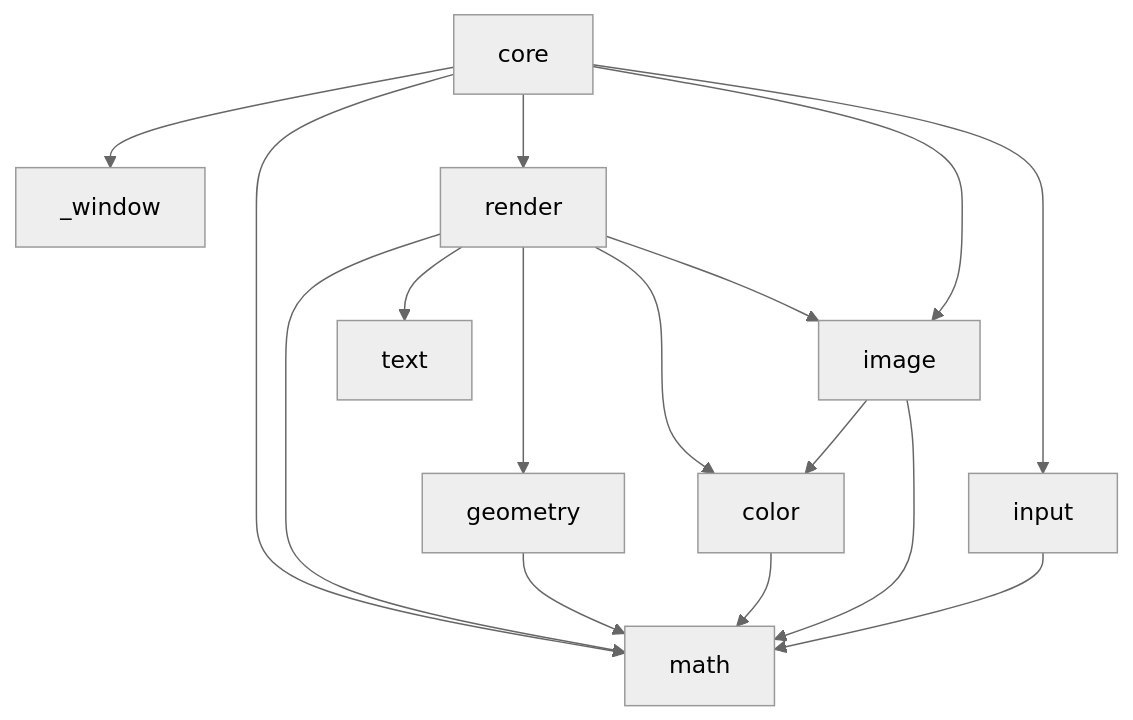
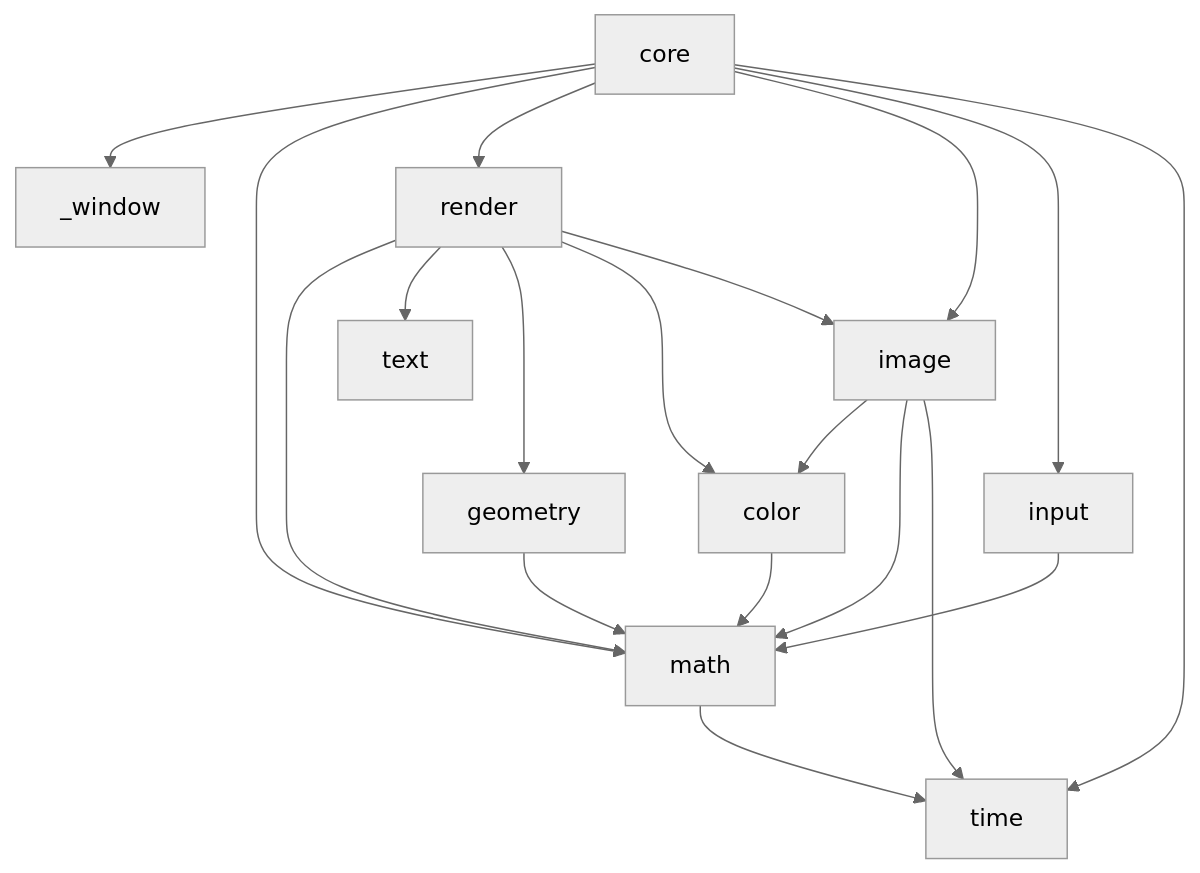
Before and after one commit to create-framework/create: the second of 2 diagrams in ARCHITECTURE.md, drawn with Mermaid (neutral theme). The commit also changed other lines of this file and 19 other files, not shown here.

````diff
--- a/ARCHITECTURE.md
+++ b/ARCHITECTURE.md
@@ -83,18 +84,21 @@
 ```mermaid
 flowchart TD
     core --> _window
     core --> math
     core --> render
     core --> image
     core --> input
+    core --> time
     render --> math
     render --> text
     render --> geometry
     render --> color
     render --> image
     geometry --> math
     image --> color
     image --> math
+    image --> time
     color --> math
     input --> math
+    math --> time
 ```
````
